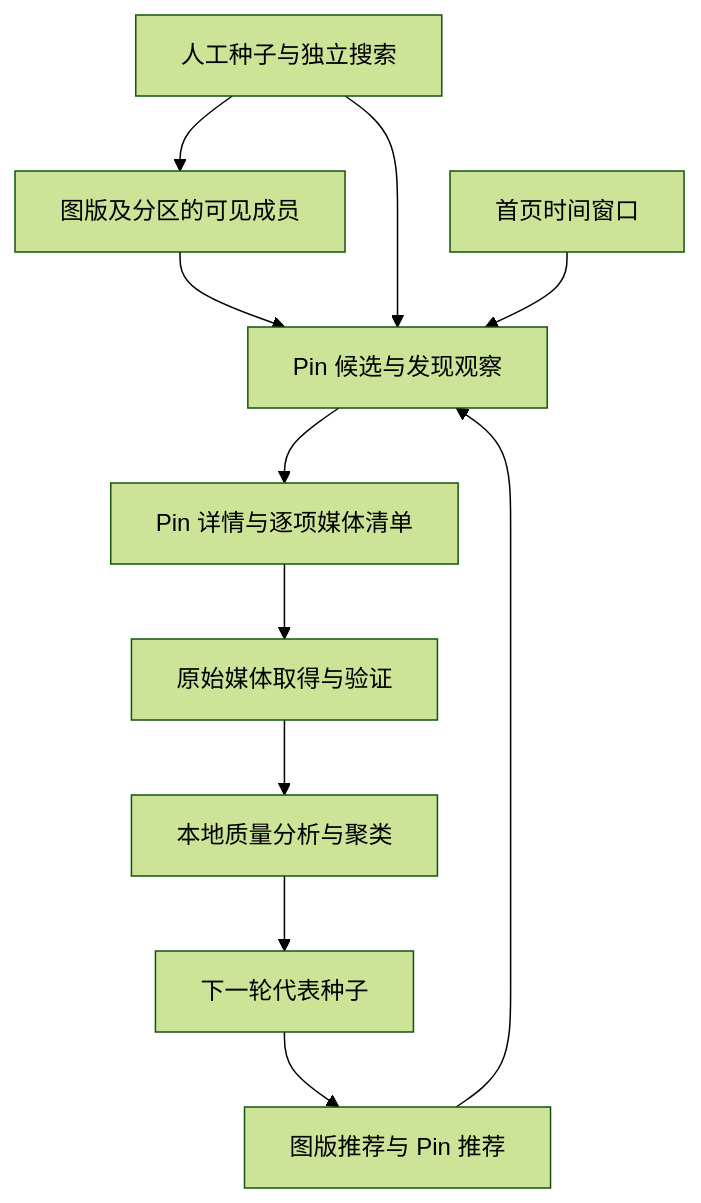
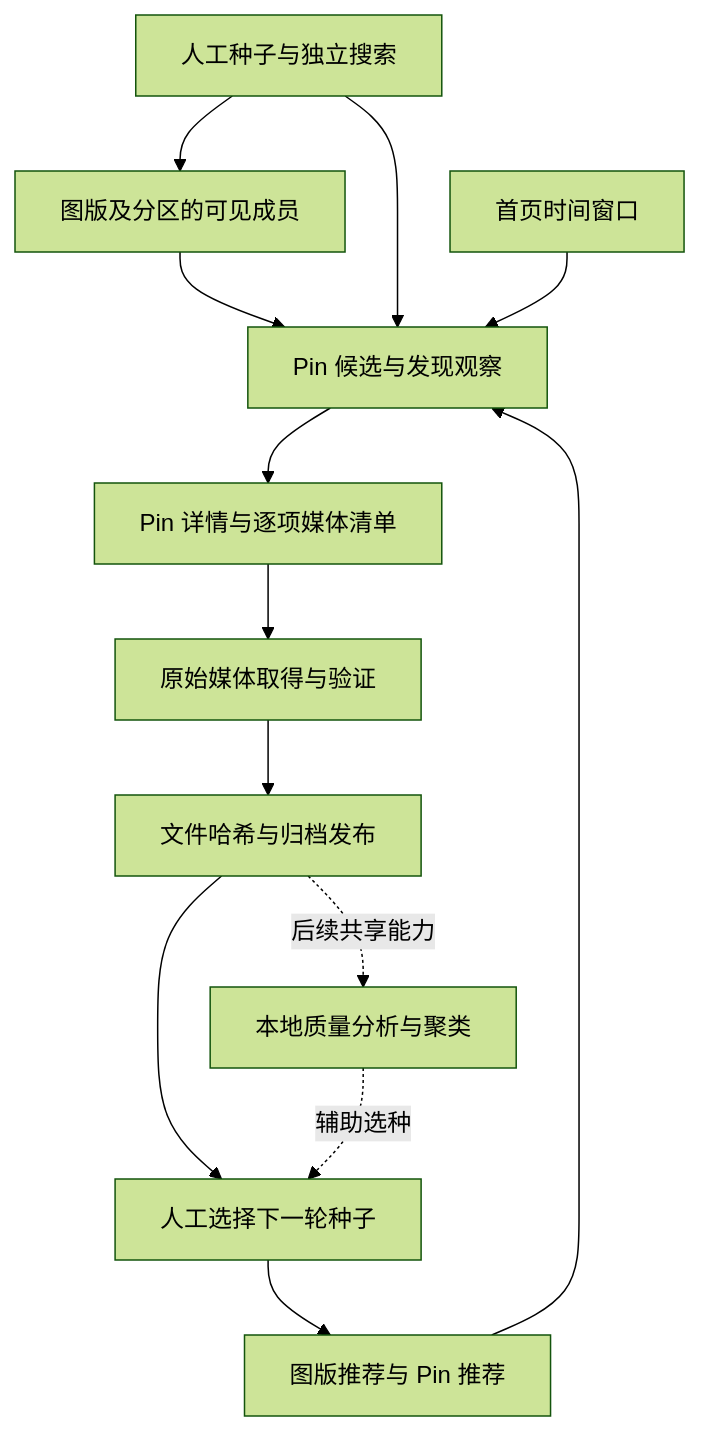
Before and after one commit to Xuness/Dataset_Studio: the diagram in docs/plans/Dataset Scraping/pinterest-collector-design.md, drawn with Mermaid (forest theme). The commit also changed other lines of this file and 5 other files, not shown here.

````diff
--- a/docs/plans/Dataset Scraping/pinterest-collector-design.md
+++ b/docs/plans/Dataset Scraping/pinterest-collector-design.md
@@ -49,13 +49,15 @@
 ```mermaid
 flowchart TD
     S[人工种子与独立搜索] --> B[图版及分区的可见成员]
     B --> P[Pin 候选与发现观察]
     S --> P
     R[图版推荐与 Pin 推荐] --> P
     H[首页时间窗口] --> P
     P --> D[Pin 详情与逐项媒体清单]
     D --> M[原始媒体取得与验证]
-    M --> L[本地质量分析与聚类]
-    L --> N[下一轮代表种子]
+    M --> A[文件哈希与归档发布]
+    A --> N[人工选择下一轮种子]
+    A -.后续共享能力.-> L[本地质量分析与聚类]
+    L -.辅助选种.-> N
     N --> R
 ```
````
